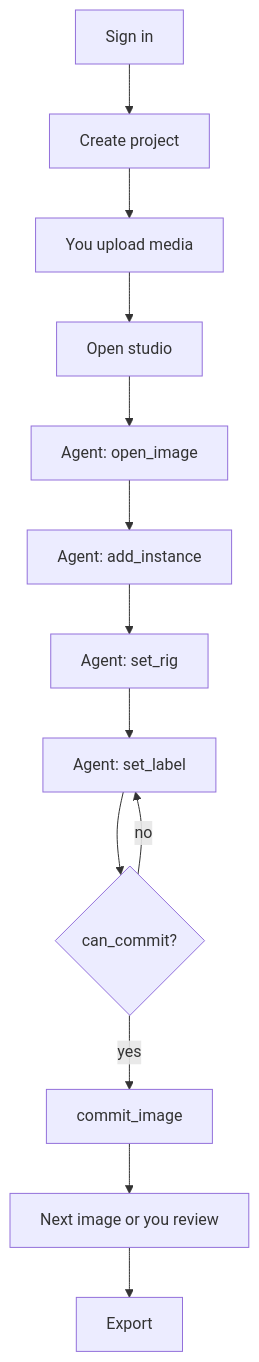
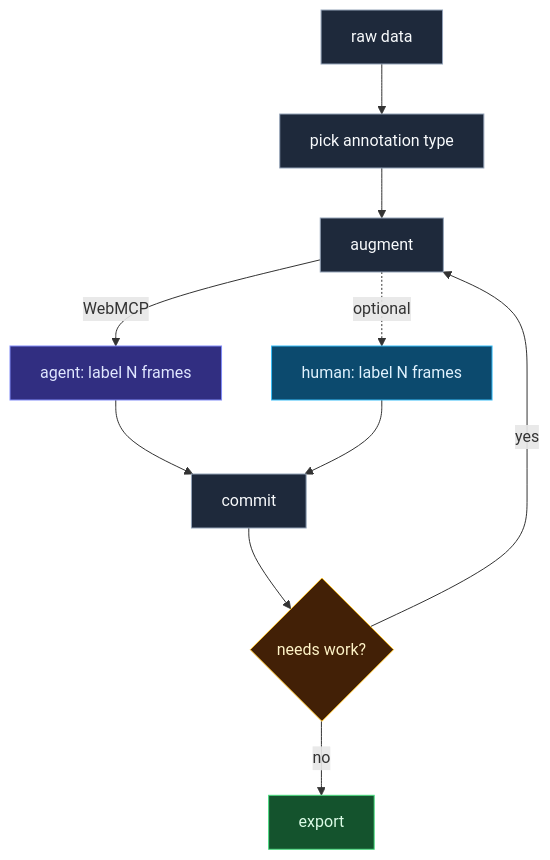
The diagram in README.md (0xABAN/YADL), drawn with Mermaid before and after one commit. The commit also changed other lines of this file, not shown here.

Commit message:
Refine README product flow diagram.
Augment step, WebMCP on the agent edge, optional human path, and needs-work loop back to augment.

````diff
--- a/README.md
+++ b/README.md
@@ -52,15 +19,23 @@
 ```mermaid
 flowchart TD
-  A[Sign in] --> B[Create project]
-  B --> C[You upload media]
-  C --> D[Open studio]
-  D --> E[Agent: open_image]
-  E --> F[Agent: add_instance]
-  F --> G[Agent: set_rig]
-  G --> H[Agent: set_label]
-  H --> I{can_commit?}
-  I -->|no| H
-  I -->|yes| J[commit_image]
-  J --> K[Next image or you review]
-  K --> L[Export]
+  A[raw data] --> B[pick annotation type]
+  B --> U[augment]
+  U -->|WebMCP| G[agent: label N frames]
+  U -.->|optional| H[human: label N frames]
+  G --> C[commit]
+  H --> C
+  C --> Q{needs work?}
+  Q -->|no| F[export]
+  Q -->|yes| U
+
+  classDef step fill:#1e293b,stroke:#94a3b8,color:#f8fafc
+  classDef human fill:#0c4a6e,stroke:#38bdf8,color:#e0f2fe
+  classDef agent fill:#312e81,stroke:#818cf8,color:#e0e7ff
+  classDef gate fill:#422006,stroke:#fbbf24,color:#fef3c7
+  classDef done fill:#14532d,stroke:#4ade80,color:#dcfce7
+  class A,B,C,U step
+  class H human
+  class G agent
+  class Q gate
+  class F done
 ```
````
